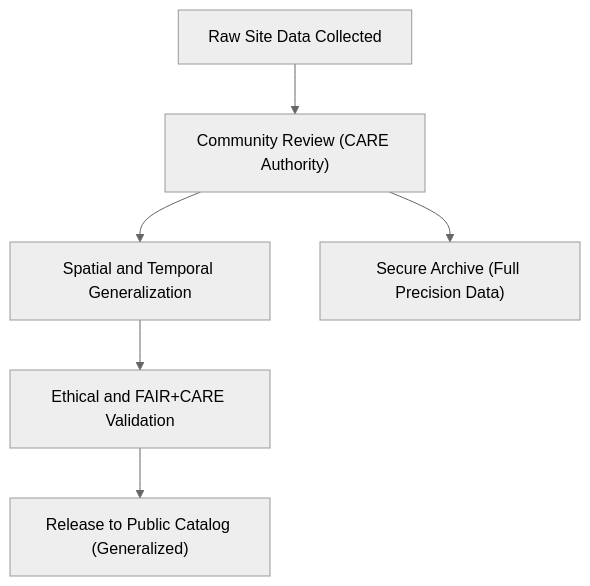
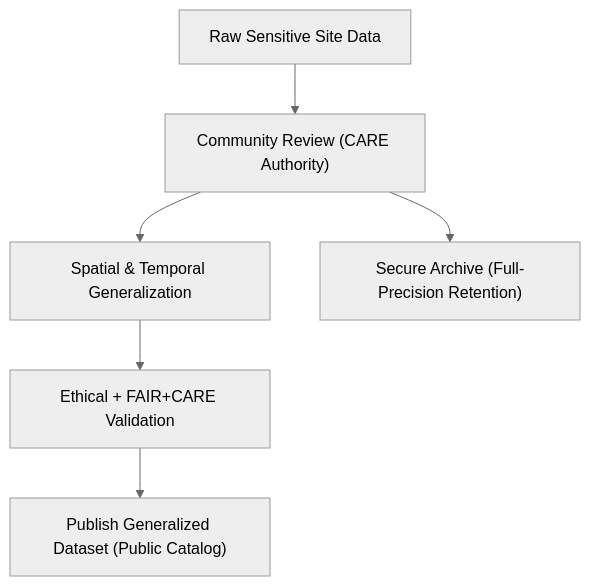
One commit to bartytime4life/Kansas-Frontier-Matrix changed the diagram in docs/standards/data-generalization/README.md. Above: the diagram before and after it, drawn with Mermaid (neutral theme). The commit also changed other lines of this file, not shown here.

````diff
--- a/docs/standards/data-generalization/README.md
+++ b/docs/standards/data-generalization/README.md
@@ -116,8 +120,8 @@
 ```mermaid
 flowchart TD
-A["Raw Site Data Collected"] --> B["Community Review (CARE Authority)"]
-B --> C["Spatial and Temporal Generalization"]
-C --> D["Ethical and FAIR+CARE Validation"]
-D --> E["Release to Public Catalog (Generalized)"]
-B --> F["Secure Archive (Full Precision Data)"]
+  A["Raw Sensitive Site Data"] --> B["Community Review (CARE Authority)"]
+  B --> C["Spatial & Temporal Generalization"]
+  C --> D["Ethical + FAIR+CARE Validation"]
+  D --> E["Publish Generalized Dataset (Public Catalog)"]
+  B --> F["Secure Archive (Full-Precision Retention)"]
 ```
````
